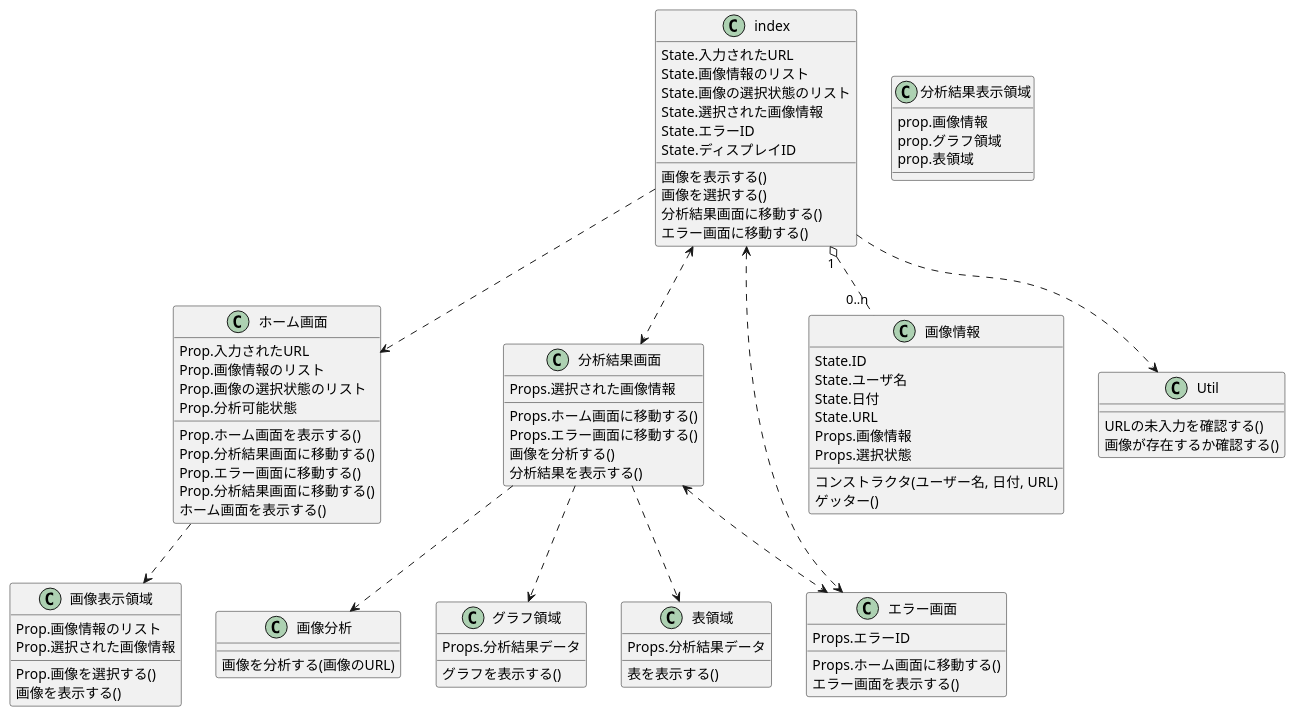
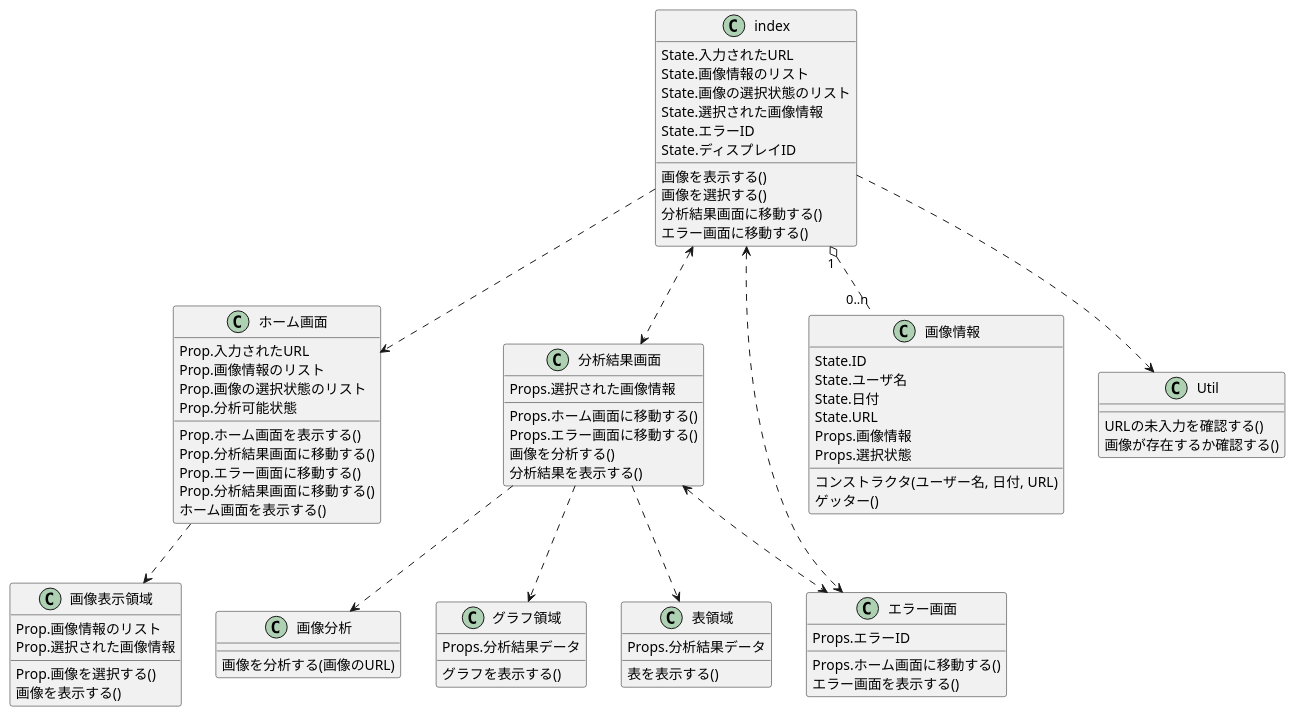
One commit to nishikawa1114/FaceEmotionSystem changed the diagram in doc/uml/classDiag.pu. Above: the diagram before and after it, drawn with PlantUML. The commit also changed 3 other files, not shown here.

```diff
--- a/doc/uml/classDiag.pu
+++ b/doc/uml/classDiag.pu
@@ -1,97 +1,91 @@
 @startuml Face Emotion
 
 class index {
     State.入力されたURL
     State.画像情報のリスト
     State.画像の選択状態のリスト
     State.選択された画像情報
     State.エラーID
     State.ディスプレイID
     画像を表示する()
     画像を選択する()
     分析結果画面に移動する()
     エラー画面に移動する()
 }
 
 
 class ホーム画面 {
     Prop.入力されたURL
     Prop.画像情報のリスト
     Prop.画像の選択状態のリスト
     Prop.分析可能状態
     Prop.ホーム画面を表示する()
     Prop.分析結果画面に移動する()
     Prop.エラー画面に移動する()
     Prop.分析結果画面に移動する()
     ホーム画面を表示する()
 }
 
 class 画像表示領域 {
     Prop.画像情報のリスト
     Prop.選択された画像情報
     Prop.画像を選択する()
     画像を表示する()
 }
 
 class 分析結果画面 {
     Props.選択された画像情報
     Props.ホーム画面に移動する()
     Props.エラー画面に移動する()
     画像を分析する()
     分析結果を表示する()
-}
-
-class 分析結果表示領域 {
-    prop.画像情報
-    prop.グラフ領域
-    prop.表領域
 }
 
 class 画像分析 {
     画像を分析する(画像のURL)
 }
 
 class グラフ領域 {
     Props.分析結果データ
     グラフを表示する()
 }
 
 class 表領域 {
     Props.分析結果データ
     表を表示する()
 }
 
 class エラー画面 {
     Props.エラーID
     Props.ホーム画面に移動する()
     エラー画面を表示する()
 }
 
 class 画像情報 {
     State.ID
     State.ユーザ名
     State.日付
     State.URL
     Props.画像情報
     Props.選択状態
     コンストラクタ(ユーザー名, 日付, URL)
     ゲッター()
 }
 
 class Util {
     URLの未入力を確認する()
     画像が存在するか確認する()
 }
 
 index "1" o.. "0..n" 画像情報
 index ..> ホーム画面
 index ..> Util
 index <..> エラー画面
 index <..> 分析結果画面
 ホーム画面 ..> 画像表示領域
 分析結果画面 ..> 画像分析
 分析結果画面 ..> グラフ領域
 分析結果画面 ..> 表領域
 分析結果画面 <..> エラー画面
 
 @enduml
```
